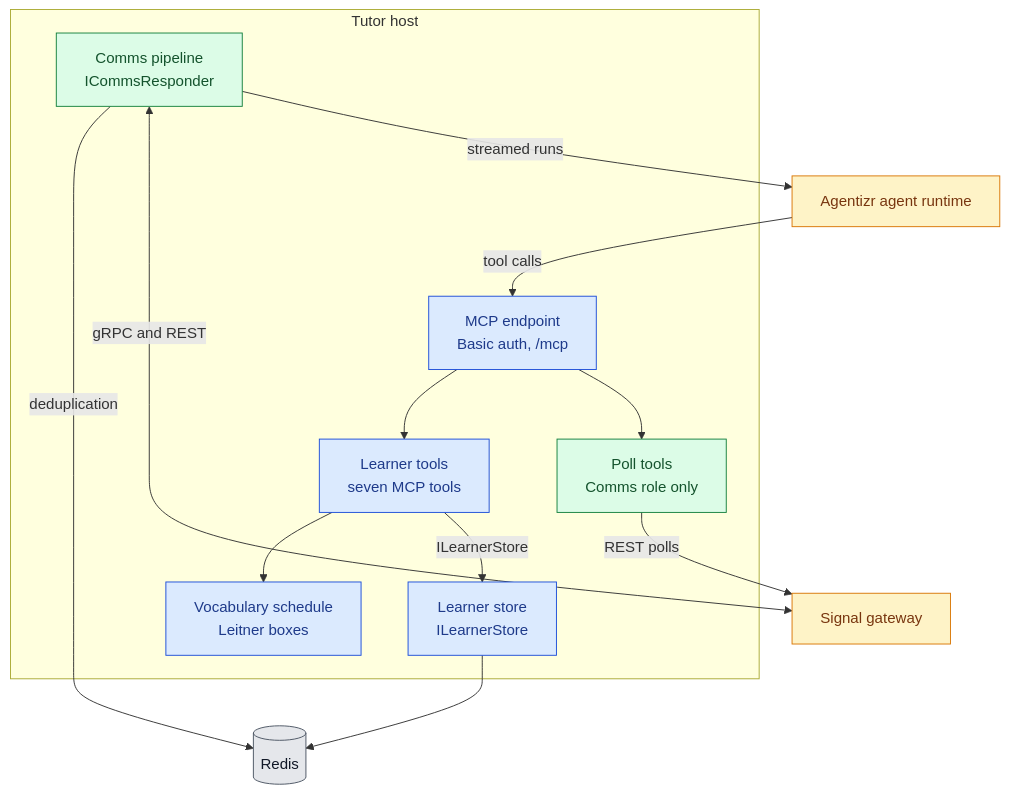
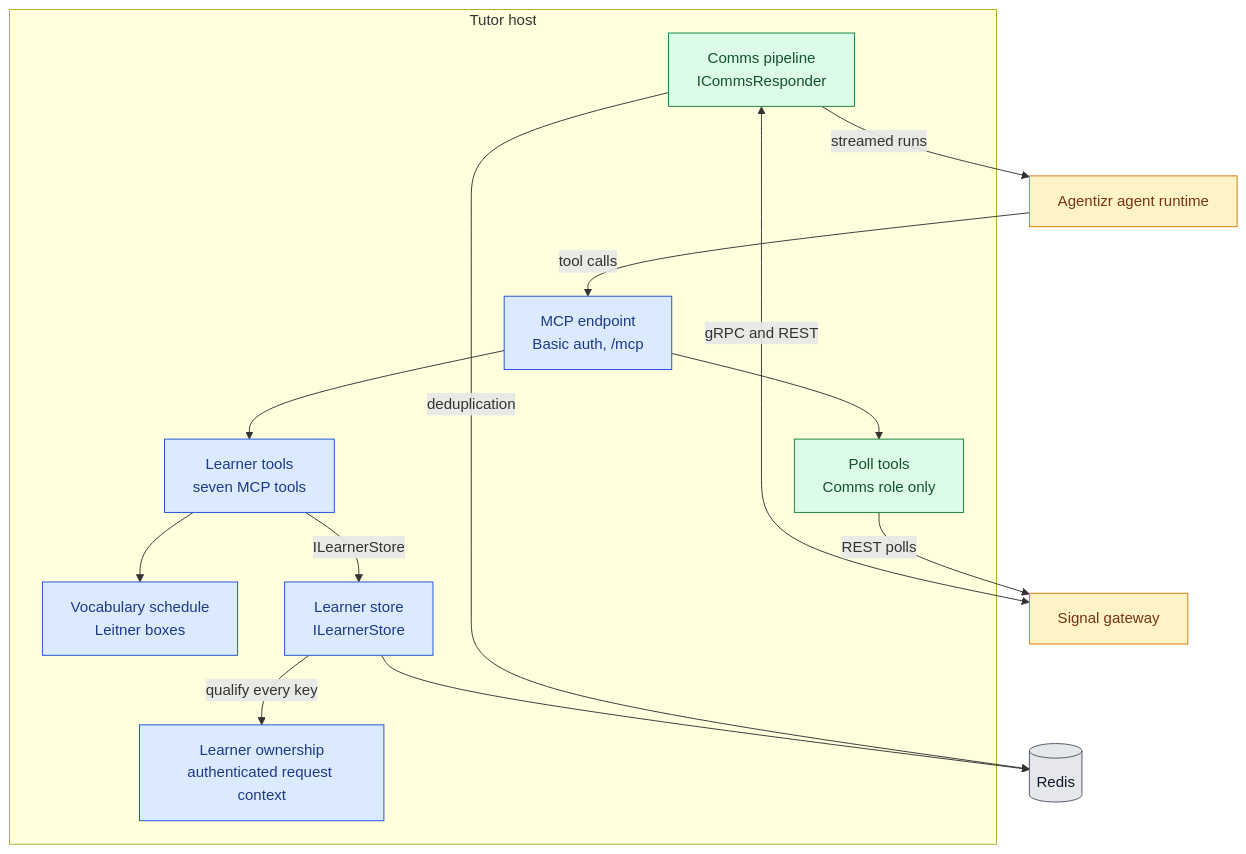
The second of 6 diagrams in docs/architecture.md (f2calv/tutorizr), drawn with Mermaid before and after one commit. The commit also changed other lines of this file and 14 other files, not shown here.

First line of the commit message:
feat(learner): isolate progress by authenticated login

````diff
--- a/docs/architecture.md
+++ b/docs/architecture.md
@@ -54,26 +55,28 @@
 ```mermaid
 flowchart TB
     classDef component fill:#dbeafe,stroke:#1d4ed8,color:#1e3a8a
     classDef packaged fill:#dcfce7,stroke:#15803d,color:#14532d
     classDef store fill:#e5e7eb,stroke:#4b5563,color:#111827
     classDef external fill:#fef3c7,stroke:#d97706,color:#78350f
 
     subgraph host [Tutor host]
         mcp[MCP endpoint<br/>Basic auth, /mcp]:::component
         tools[Learner tools<br/>seven MCP tools]:::component
         schedule[Vocabulary schedule<br/>Leitner boxes]:::component
         store[Learner store<br/>ILearnerStore]:::component
+        owner[Learner ownership<br/>authenticated request context]:::component
         comms[Comms pipeline<br/>ICommsResponder]:::packaged
         polls[Poll tools<br/>Comms role only]:::packaged
         mcp --> tools
         mcp --> polls
         tools --> schedule
         tools -->|ILearnerStore| store
+        store -->|qualify every key| owner
     end
     store --> redis[(Redis)]:::store
     comms -->|deduplication| redis
     comms <-->|"gRPC and REST"| gateway[Signal gateway]:::external
     polls -->|"REST polls"| gateway
     comms -->|"streamed runs"| runtime[Agentizr agent runtime]:::external
     runtime -->|"tool calls"| mcp
 ```
````
